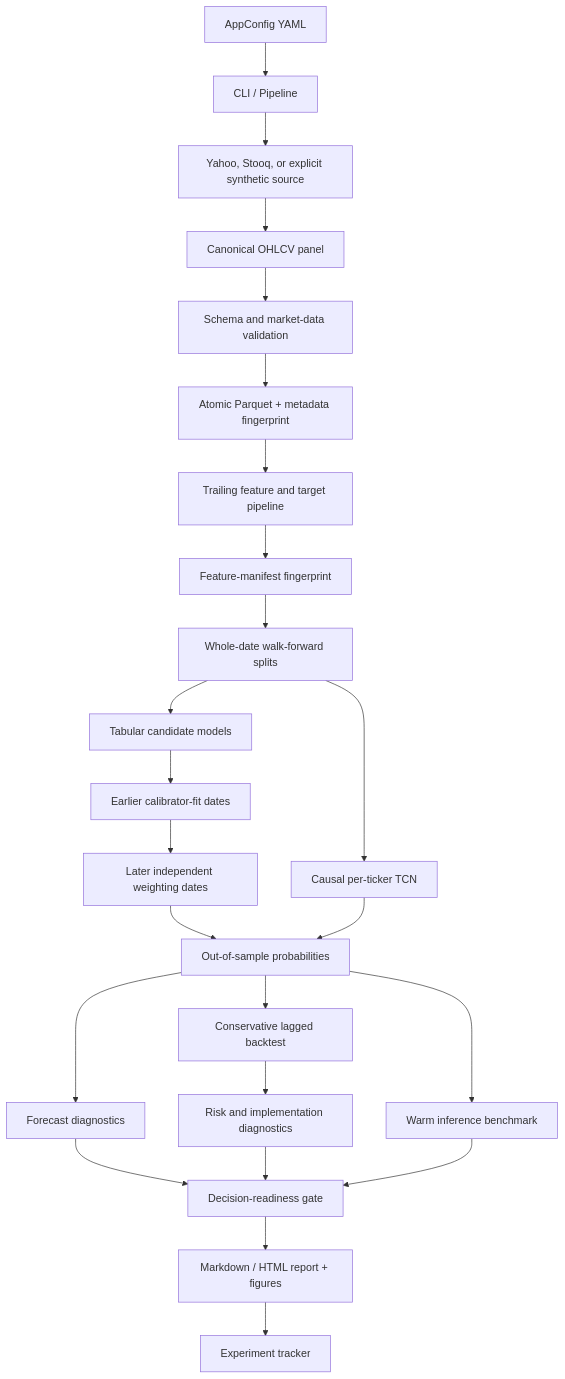
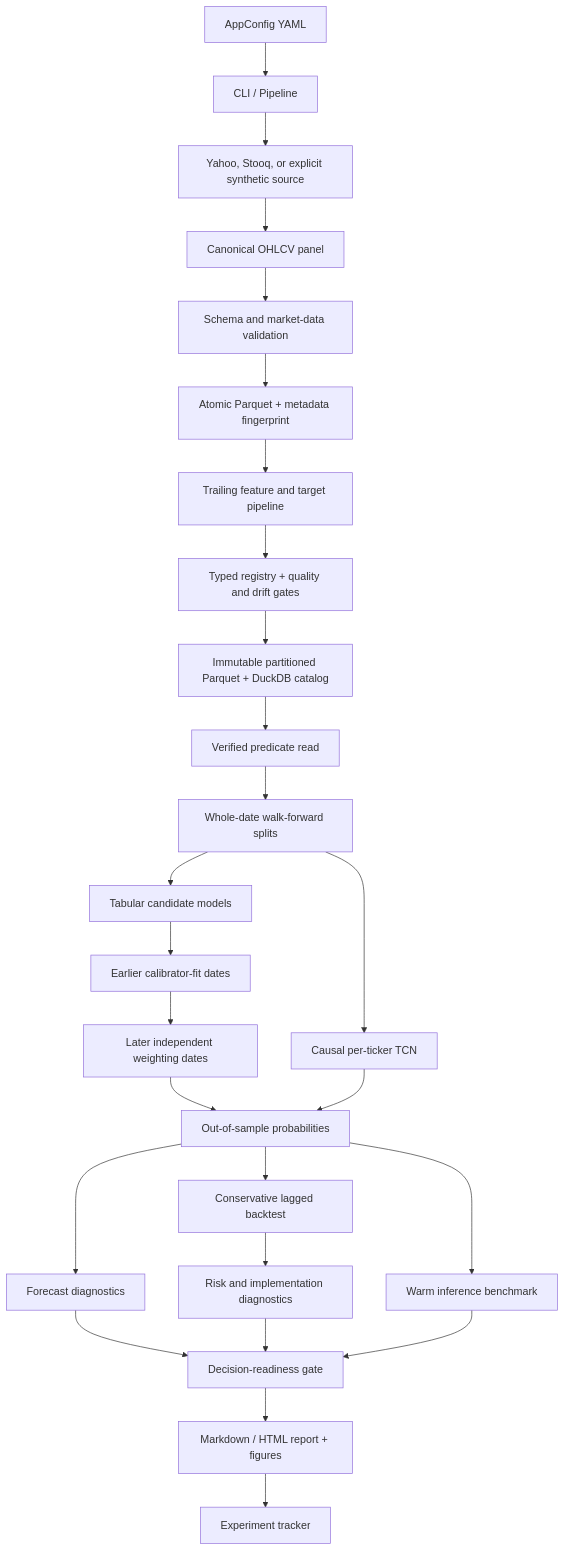
The diagram in docs/architecture.md (srgangaram-swe/Signalattice), drawn with Mermaid before and after one commit. The commit also changed other lines of this file and 24 other files, not shown here.

````diff
--- a/docs/architecture.md
+++ b/docs/architecture.md
@@ -9,26 +9,28 @@
 ```mermaid
 flowchart TD
     A[AppConfig YAML] --> B[CLI / Pipeline]
     B --> C[Yahoo, Stooq, or explicit synthetic source]
     C --> D[Canonical OHLCV panel]
     D --> E[Schema and market-data validation]
     E --> F[Atomic Parquet + metadata fingerprint]
     F --> G[Trailing feature and target pipeline]
-    G --> H[Feature-manifest fingerprint]
-    H --> I[Whole-date walk-forward splits]
+    G --> H[Typed registry + quality and drift gates]
+    H --> U[Immutable partitioned Parquet + DuckDB catalog]
+    U --> V[Verified predicate read]
+    V --> I[Whole-date walk-forward splits]
     I --> J[Tabular candidate models]
     I --> K[Causal per-ticker TCN]
     J --> L[Earlier calibrator-fit dates]
     L --> W[Later independent weighting dates]
     W --> M[Out-of-sample probabilities]
     K --> M
     M --> N[Forecast diagnostics]
     M --> O[Conservative lagged backtest]
     O --> P[Risk and implementation diagnostics]
     M --> Q[Warm inference benchmark]
     N --> R[Decision-readiness gate]
     P --> R
     Q --> R
     R --> S[Markdown / HTML report + figures]
     S --> T[Experiment tracker]
 ```
````
